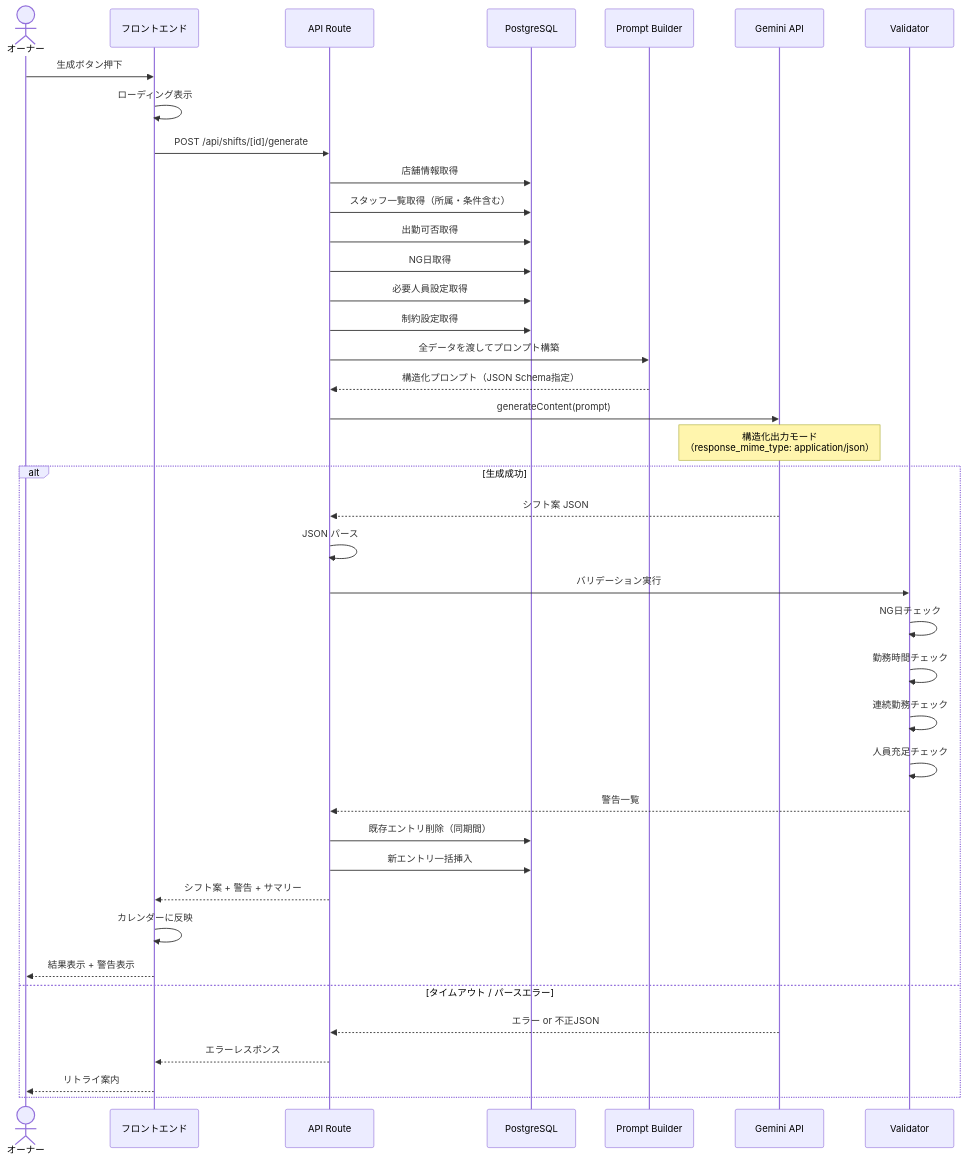
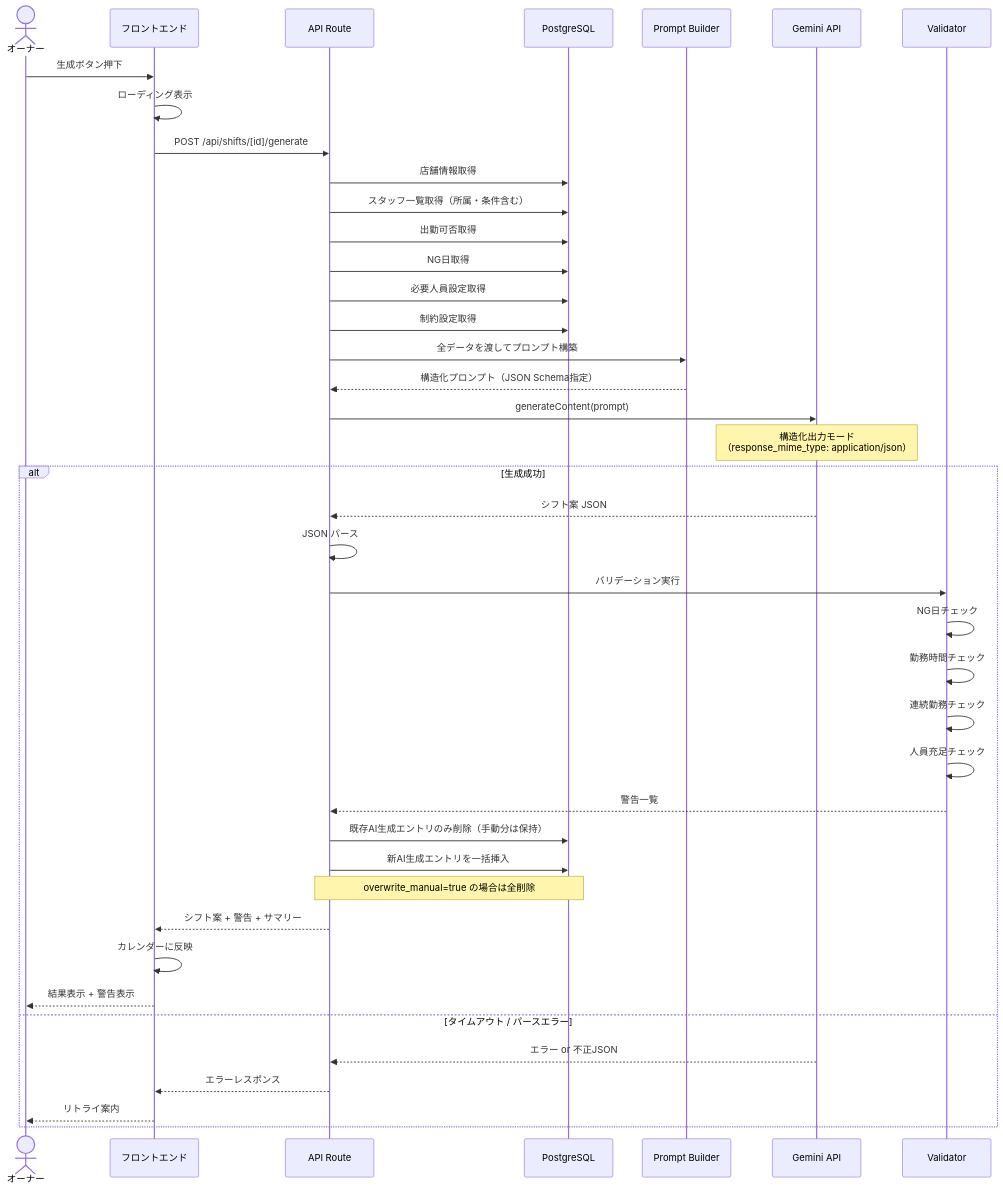
The seventh of 11 diagrams in docs/20260406_diagrams.md (GudE-R/shift-app), drawn with Mermaid before and after one commit. The commit also changed other lines of this file and 2 other files, not shown here.

Commit message:
docs: 要件定義・システム設計・図解集をアップデート (休憩時間対応、AI生成ロジック改善、多店舗競合禁止、パフォーマンス設計追加)

````diff
--- a/docs/20260406_diagrams.md
+++ b/docs/20260406_diagrams.md
@@ -472,50 +474,51 @@
 ```mermaid
 sequenceDiagram
     actor Owner as オーナー
     participant UI as フロントエンド
     participant API as API Route
     participant DB as PostgreSQL
     participant PB as Prompt Builder
     participant Gemini as Gemini API
     participant Val as Validator
 
     Owner->>UI: 生成ボタン押下
     UI->>UI: ローディング表示
 
     UI->>API: POST /api/shifts/[id]/generate
 
     API->>DB: 店舗情報取得
     API->>DB: スタッフ一覧取得（所属・条件含む）
     API->>DB: 出勤可否取得
     API->>DB: NG日取得
     API->>DB: 必要人員設定取得
     API->>DB: 制約設定取得
 
     API->>PB: 全データを渡してプロンプト構築
     PB-->>API: 構造化プロンプト（JSON Schema指定）
 
     API->>Gemini: generateContent(prompt)
     Note over Gemini: 構造化出力モード<br/>（response_mime_type: application/json）
 
     alt 生成成功
         Gemini-->>API: シフト案 JSON
         API->>API: JSON パース
         API->>Val: バリデーション実行
         Val->>Val: NG日チェック
         Val->>Val: 勤務時間チェック
         Val->>Val: 連続勤務チェック
         Val->>Val: 人員充足チェック
         Val-->>API: 警告一覧
 
-        API->>DB: 既存エントリ削除（同期間）
-        API->>DB: 新エントリ一括挿入
+        API->>DB: 既存AI生成エントリのみ削除（手動分は保持）
+        API->>DB: 新AI生成エントリを一括挿入
+        Note over API,DB: overwrite_manual=true の場合は全削除
 
         API-->>UI: シフト案 + 警告 + サマリー
         UI->>UI: カレンダーに反映
         UI-->>Owner: 結果表示 + 警告表示
     else タイムアウト / パースエラー
         Gemini-->>API: エラー or 不正JSON
         API-->>UI: エラーレスポンス
         UI-->>Owner: リトライ案内
     end
 ```
````
